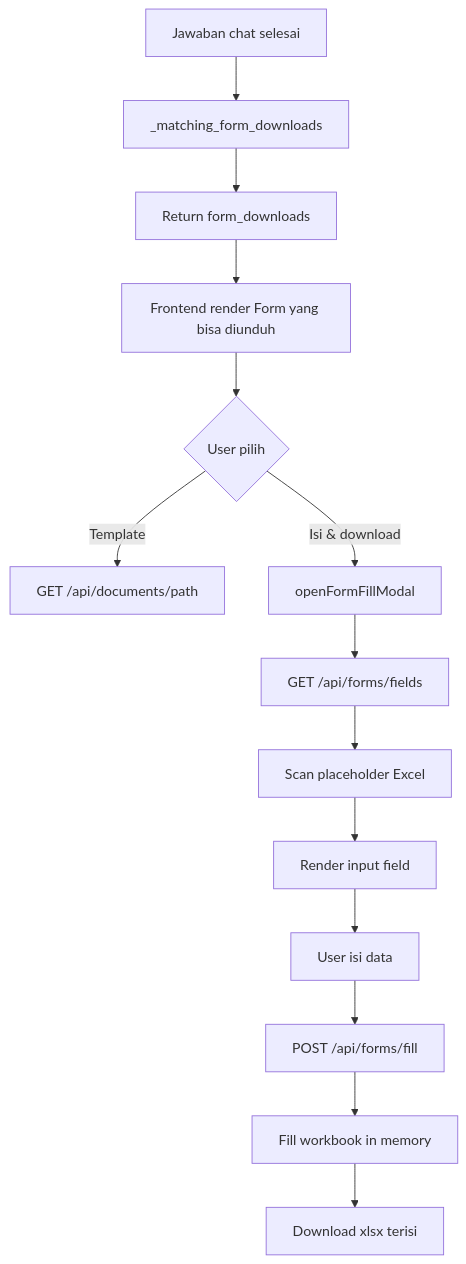
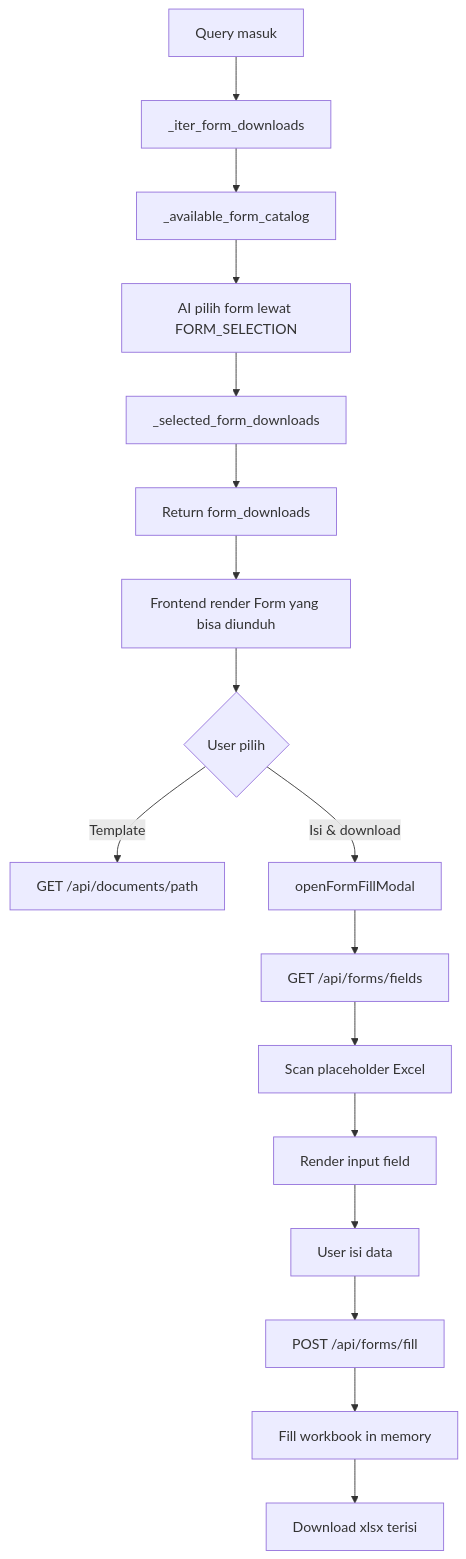
One commit to Akram17t/Internship changed the fourth of 4 diagrams in Capstone/SYSTEM_FLOWS.md. Above: the diagram before and after it, drawn with Mermaid. The commit also changed other lines of this file and 13 other files, not shown here.

````diff
--- a/Capstone/SYSTEM_FLOWS.md
+++ b/Capstone/SYSTEM_FLOWS.md
@@ -197,16 +197,19 @@
 ```mermaid
 flowchart TD
-  A[Jawaban chat selesai] --> B[_matching_form_downloads]
-  B --> C[Return form_downloads]
-  C --> D[Frontend render Form yang bisa diunduh]
-  D --> E{User pilih}
-  E -->|Template| F[GET /api/documents/path]
-  E -->|Isi & download| G[openFormFillModal]
-  G --> H[GET /api/forms/fields]
-  H --> I[Scan placeholder Excel]
-  I --> J[Render input field]
-  J --> K[User isi data]
-  K --> L[POST /api/forms/fill]
-  L --> M[Fill workbook in memory]
-  M --> N[Download xlsx terisi]
+  A[Query masuk] --> B[_iter_form_downloads]
+  B --> C[_available_form_catalog]
+  C --> D[AI pilih form lewat FORM_SELECTION]
+  D --> E[_selected_form_downloads]
+  E --> F[Return form_downloads]
+  F --> G[Frontend render Form yang bisa diunduh]
+  G --> H{User pilih}
+  H -->|Template| I[GET /api/documents/path]
+  H -->|Isi & download| J[openFormFillModal]
+  J --> K[GET /api/forms/fields]
+  K --> L[Scan placeholder Excel]
+  L --> M[Render input field]
+  M --> N[User isi data]
+  N --> O[POST /api/forms/fill]
+  O --> P[Fill workbook in memory]
+  P --> Q[Download xlsx terisi]
 ```
````
